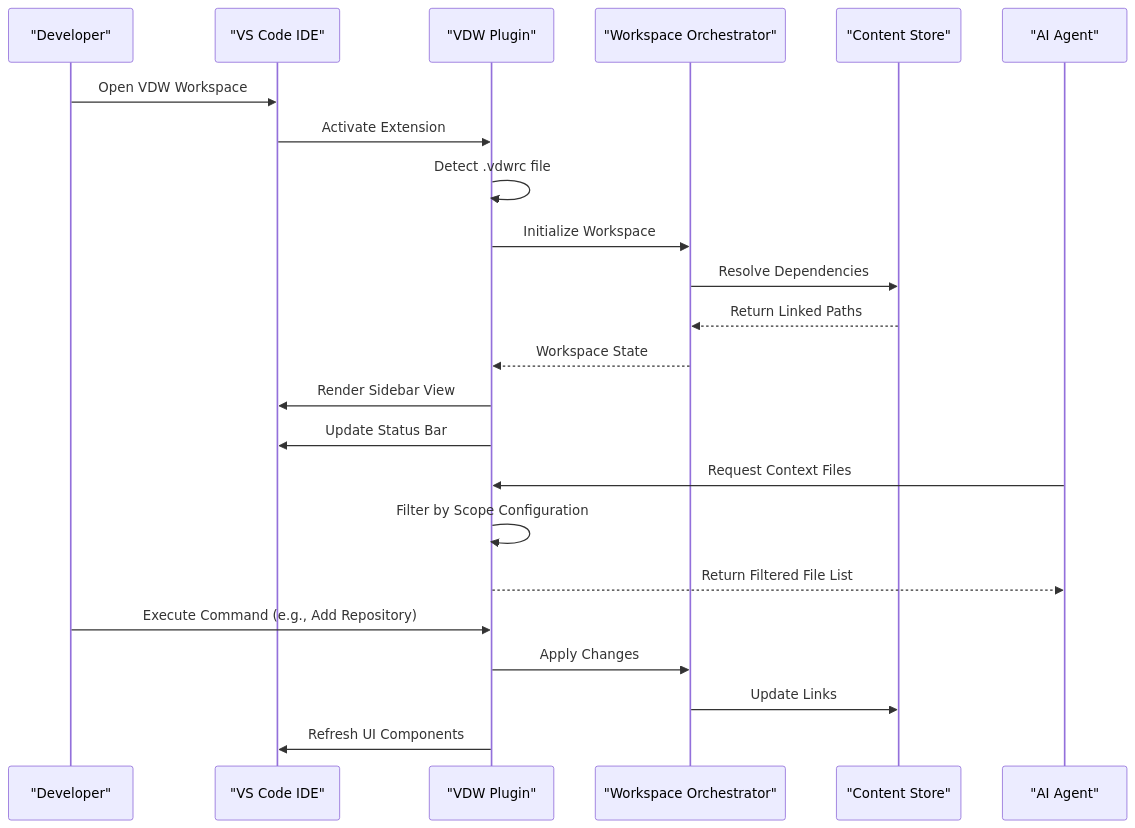
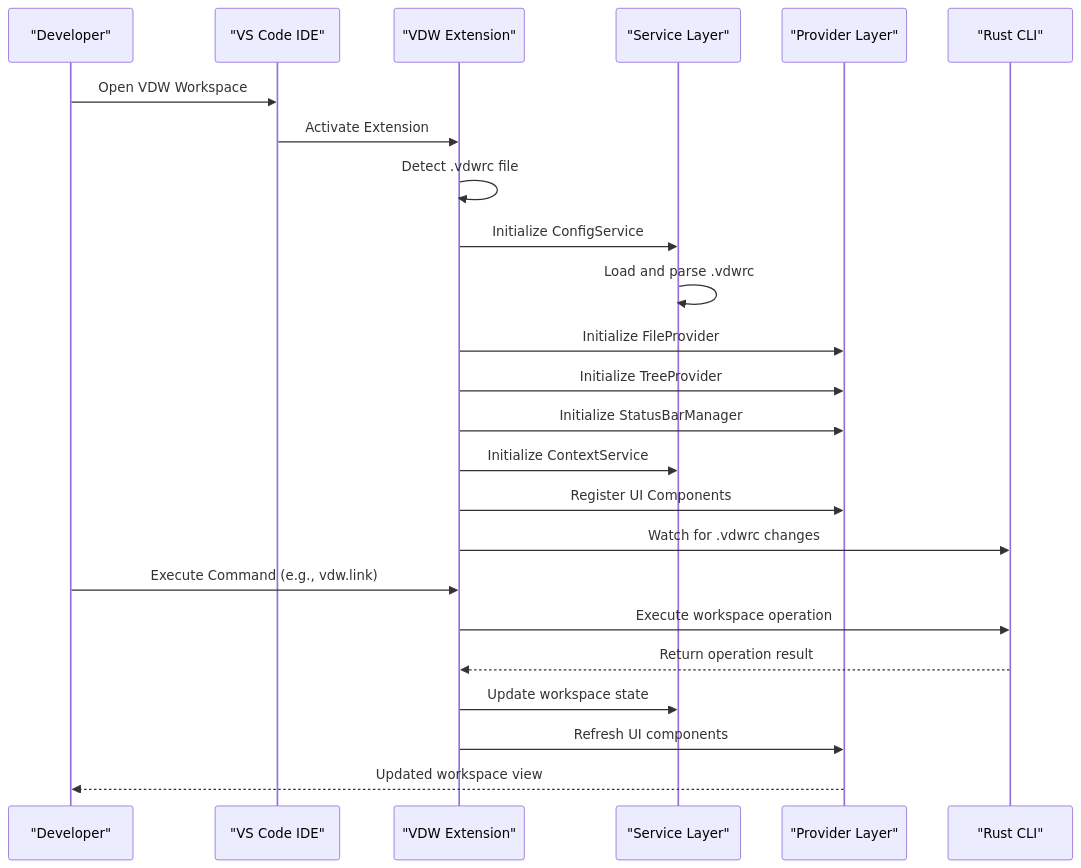
Before and after one commit to HWH-2019/vdw: the second of 6 diagrams in .qoder/repowiki/en/content/Core Features Documentation/VS Code Plugin Bridge & IDE Integration.md, drawn with Mermaid. The commit also changed other lines of this file and 23 other files, not shown here.

````diff
--- a/.qoder/repowiki/en/content/Core Features Documentation/VS Code Plugin Bridge & IDE Integration.md
+++ b/.qoder/repowiki/en/content/Core Features Documentation/VS Code Plugin Bridge & IDE Integration.md
@@ -155,25 +205,26 @@
 ```mermaid
 sequenceDiagram
 participant User as "Developer"
 participant VSCode as "VS Code IDE"
-participant Plugin as "VDW Plugin"
-participant Orchestrator as "Workspace Orchestrator"
-participant Store as "Content Store"
-participant AI as "AI Agent"
+participant Extension as "VDW Extension"
+participant Services as "Service Layer"
+participant Providers as "Provider Layer"
+participant CLI as "Rust CLI"
 User->>VSCode : Open VDW Workspace
-VSCode->>Plugin : Activate Extension
-Plugin->>Plugin : Detect .vdwrc file
-Plugin->>Orchestrator : Initialize Workspace
-Orchestrator->>Store : Resolve Dependencies
-Store-->>Orchestrator : Return Linked Paths
-Orchestrator-->>Plugin : Workspace State
-Plugin->>VSCode : Render Sidebar View
-Plugin->>VSCode : Update Status Bar
-AI->>Plugin : Request Context Files
-Plugin->>Plugin : Filter by Scope Configuration
-Plugin-->>AI : Return Filtered File List
-User->>Plugin : Execute Command (e.g., Add Repository)
-Plugin->>Orchestrator : Apply Changes
-Orchestrator->>Store : Update Links
-Plugin->>VSCode : Refresh UI Components
+VSCode->>Extension : Activate Extension
+Extension->>Extension : Detect .vdwrc file
+Extension->>Services : Initialize ConfigService
+Services->>Services : Load and parse .vdwrc
+Extension->>Providers : Initialize FileProvider
+Extension->>Providers : Initialize TreeProvider
+Extension->>Providers : Initialize StatusBarManager
+Extension->>Services : Initialize ContextService
+Extension->>Providers : Register UI Components
+Extension->>CLI : Watch for .vdwrc changes
+User->>Extension : Execute Command (e.g., vdw.link)
+Extension->>CLI : Execute workspace operation
+CLI-->>Extension : Return operation result
+Extension->>Services : Update workspace state
+Extension->>Providers : Refresh UI components
+Providers-->>User : Updated workspace view
 ```
````
